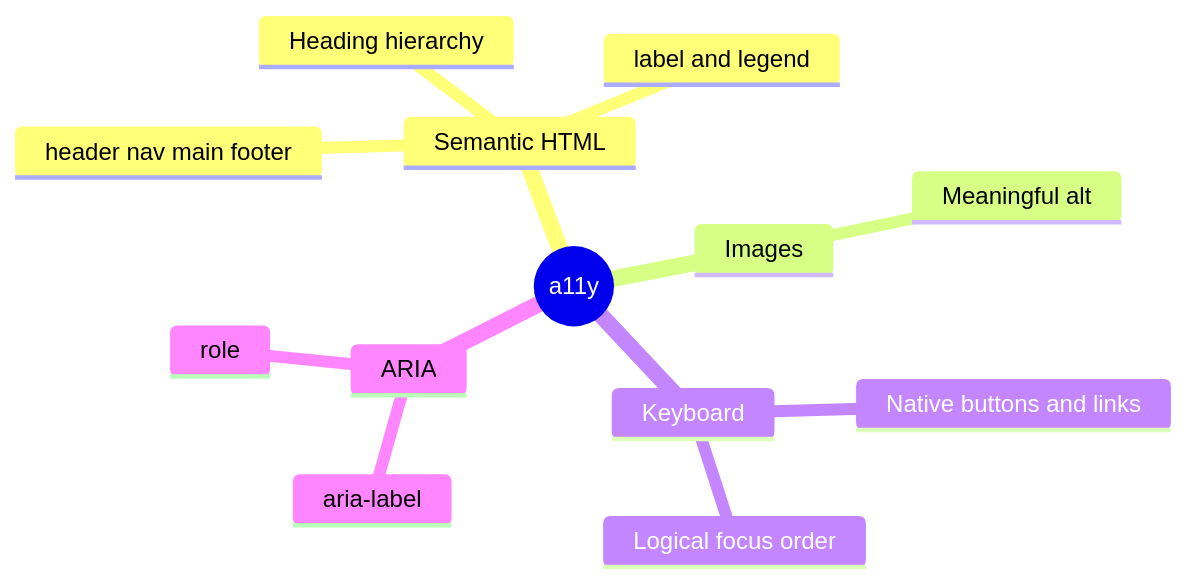
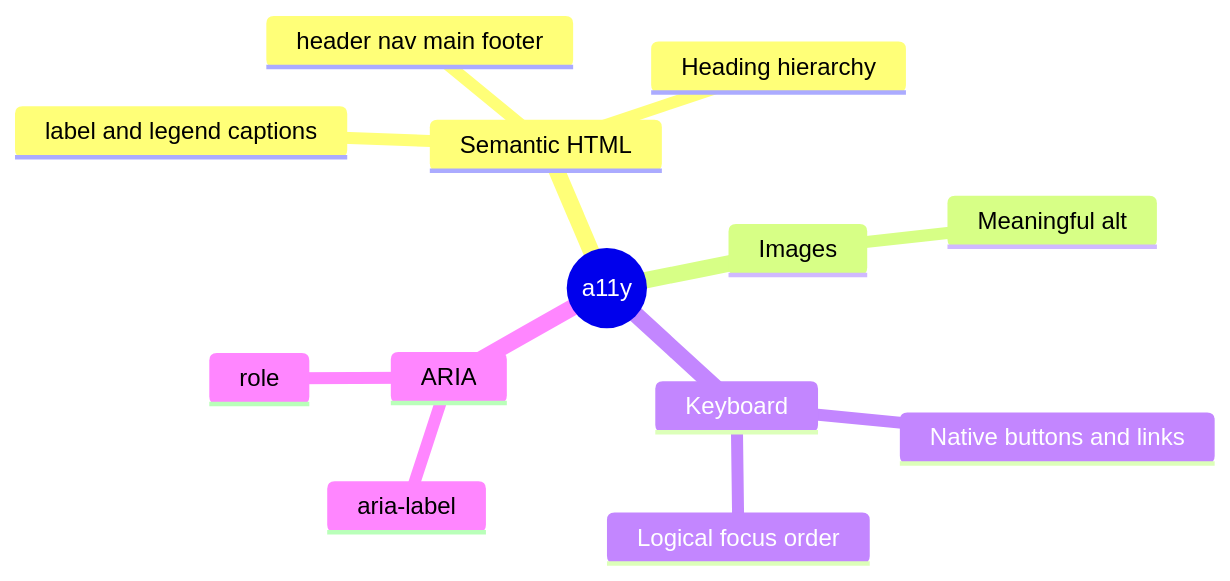
One commit to JLearn-space/JLearn-docs changed the first of 2 diagrams in HTML/Lesson-8/en/Accessibility (a11y).md. Above: the diagram before and after it, drawn with Mermaid. The commit also changed other lines of this file and 148 other files, not shown here.

````diff
--- a/HTML/Lesson-8/en/Accessibility (a11y).md
+++ b/HTML/Lesson-8/en/Accessibility (a11y).md
@@ -7,16 +58,16 @@
 ```mermaid
 mindmap
  root((a11y))
   Semantic HTML
    header nav main footer
    Heading hierarchy
-   label and legend
+   label and legend captions
   Images
    Meaningful alt
   Keyboard
    Native buttons and links
    Logical focus order
   ARIA
    aria-label
    role
 ```
````
